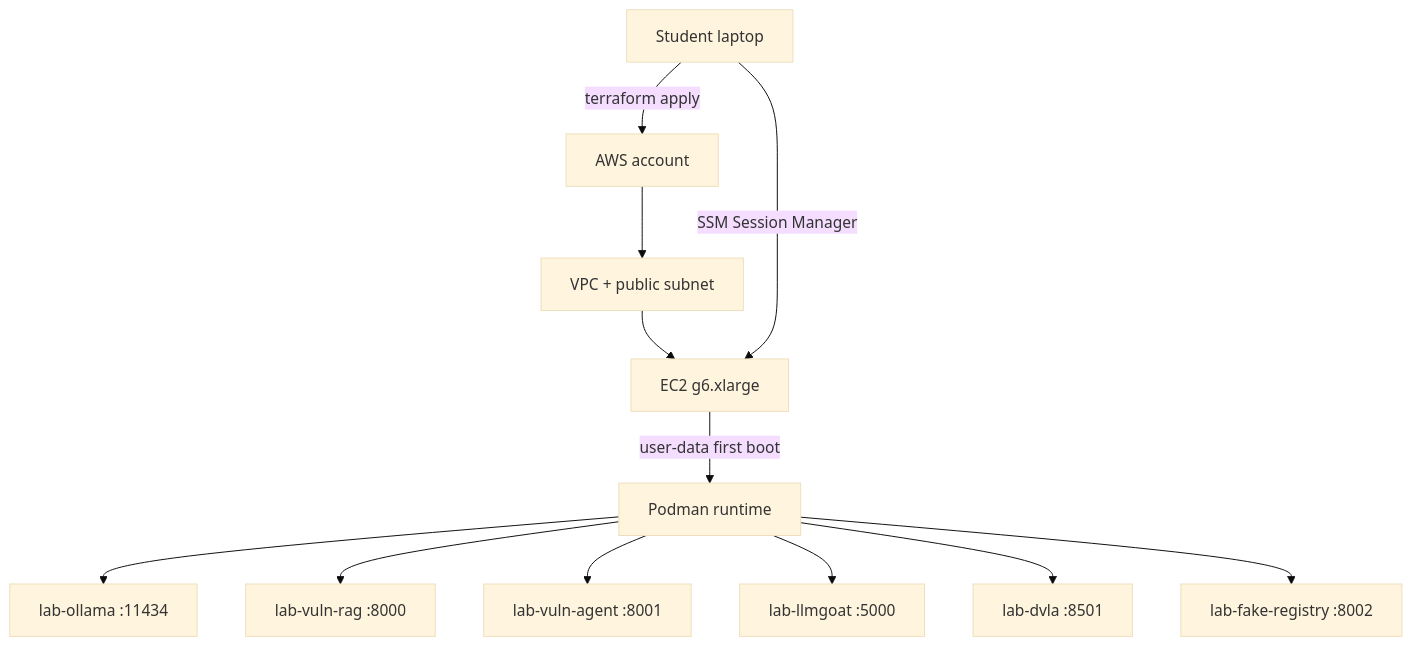
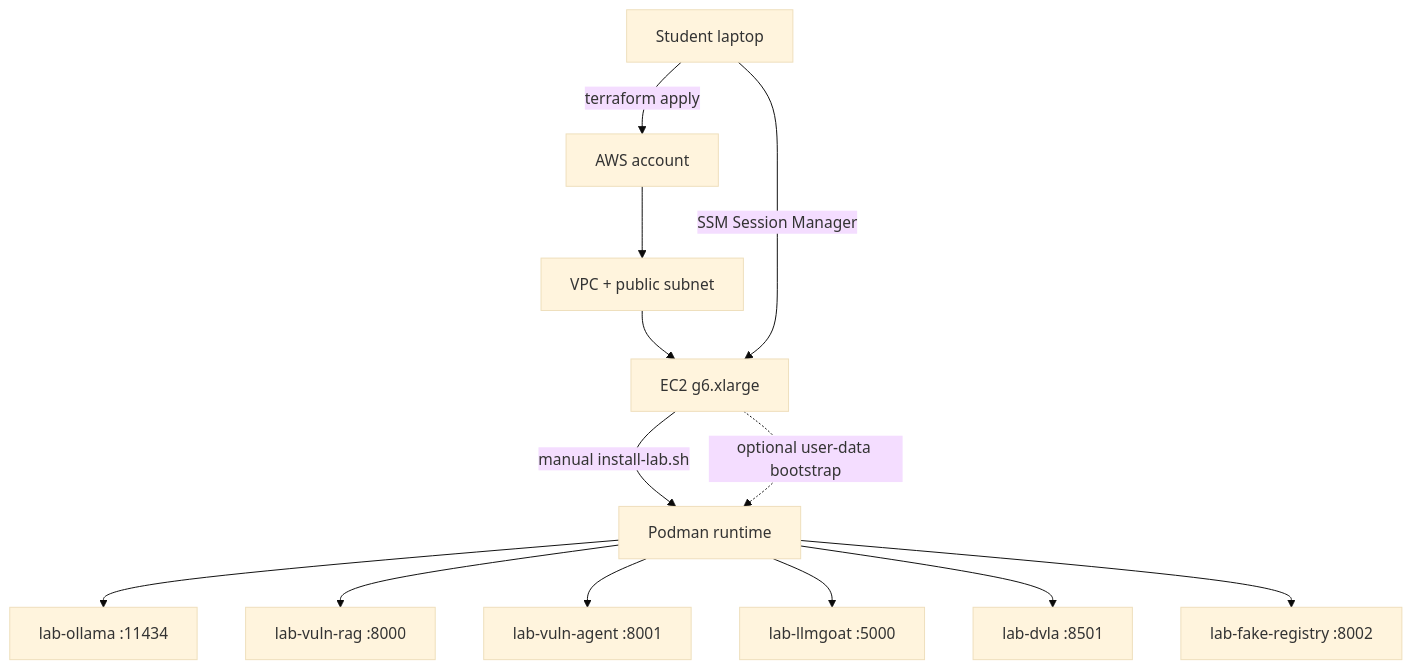
One commit to gasbugs/owasp-llm-lab-setup-guide changed the diagram in docs/ARCHITECTURE.md. Above: the diagram before and after it, drawn with Mermaid (base theme). The commit also changed other lines of this file and 12 other files, not shown here.

Commit message:
Make lab bootstrap manual by default

````diff
--- a/docs/ARCHITECTURE.md
+++ b/docs/ARCHITECTURE.md
@@ -5,14 +5,15 @@
 ```mermaid
 flowchart TD
   A["Student laptop"] -->|"terraform apply"| B["AWS account"]
   B --> C["VPC + public subnet"]
   C --> D["EC2 g6.xlarge"]
-  D -->|"user-data first boot"| E["Podman runtime"]
+  A -->|"SSM Session Manager"| D
+  D -->|"manual install-lab.sh"| E["Podman runtime"]
+  D -. "optional user-data bootstrap" .-> E
   E --> F["lab-ollama :11434"]
   E --> G["lab-vuln-rag :8000"]
   E --> H["lab-vuln-agent :8001"]
   E --> I["lab-llmgoat :5000"]
   E --> J["lab-dvla :8501"]
   E --> K["lab-fake-registry :8002"]
-  A -->|"SSM Session Manager"| D
 ```
````
